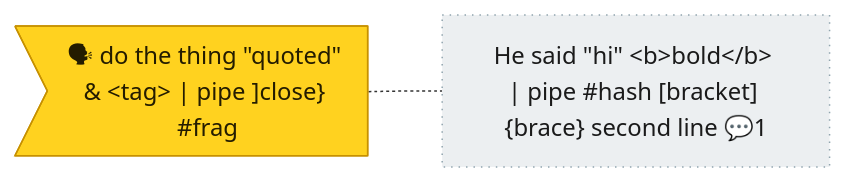
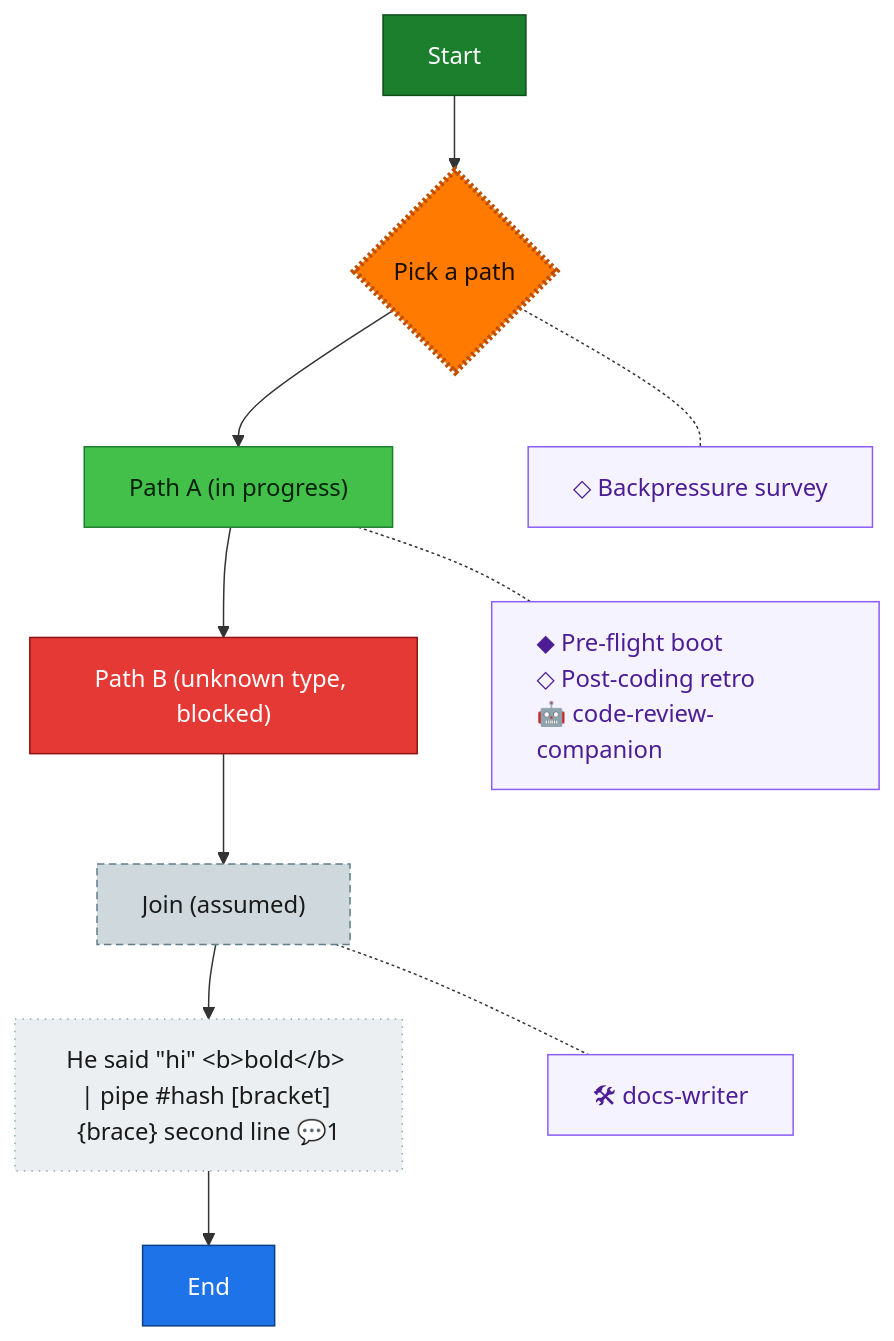
Before and after one commit to AI-Substrate/harness-engineering: the diagram in harness/cli/test/services/flow/fixtures/render/kitchen-sink.md, drawn with Mermaid. The commit also changed other lines of this file and 9 other files, not shown here.

First line of the commit message:
feat(flow-render): TD two-column renderer layout (plan 043)

````diff
--- a/harness/cli/test/services/flow/fixtures/render/kitchen-sink.md
+++ b/harness/cli/test/services/flow/fixtures/render/kitchen-sink.md
@@ -76,8 +8,35 @@
 ```mermaid
-flowchart LR
+flowchart TD
+    start["Start"]:::done
+    dec{"Pick a path"}:::decision
+    a["Path A (in progress)"]:::wip
+    b["Path B (unknown type, blocked)"]:::blocked
+    join["Join (assumed)"]:::assumed
     adv["He said #quot;hi#quot; #lt;b#gt;bold#lt;/b#gt; #124; pipe #35;hash #91;bracket#93; #123;brace#125; second line 💬1"]:::unknown
-    say_adv>"🗣 do the thing #quot;quoted#quot; & #lt;tag#gt; #124; pipe #93;close#125; #35;frag"]:::said
-    say_adv -.- adv
-    classDef said fill:#FFD21F,stroke:#C79100,color:#241c00;
+    end_["End"]:::known
+
+    start --> dec --> a --> b --> join --> adv --> end_
+
+    decC["◇ Backpressure survey"]:::chore
+    aC["◆ Pre-flight boot<br/>◇ Post-coding retro<br/>🤖 code-review-companion"]:::chore
+    joinC["🛠 docs-writer"]:::chore
+
+    %% invisible chain holds the gutter boxes in their own column
+    decC ~~~ aC ~~~ joinC
+
+    %% dotted links pull each gutter box beside its node
+    dec -.- decC
+    a -.- aC
+    join -.- joinC
+
+    classDef done fill:#1B7F2E,stroke:#0F4F1B,color:#fff;
+    classDef wip fill:#43C04A,stroke:#1B7F2E,color:#04210A;
+    classDef blocked fill:#E53935,stroke:#8E1513,color:#fff;
+    classDef known fill:#1E73E8,stroke:#0D3F86,color:#fff;
+    classDef assumed fill:#CFD8DC,stroke:#607D8B,color:#1a1a1a,stroke-dasharray:5 3;
+    classDef decision fill:#FF8F00,stroke:#B25E00,color:#1a1100,stroke-dasharray:2 2;
     classDef unknown fill:#ECEFF1,stroke:#90A4AE,color:#1a1a1a,stroke-dasharray:1 4;
+    classDef chore fill:#f5f3ff,stroke:#8b5cf6,color:#4c1d95,text-align:left;
+    classDef current fill:#FF7A00,stroke:#C24E00,color:#1a0e00,stroke-width:4px;
+    class dec current;
 ```
````
